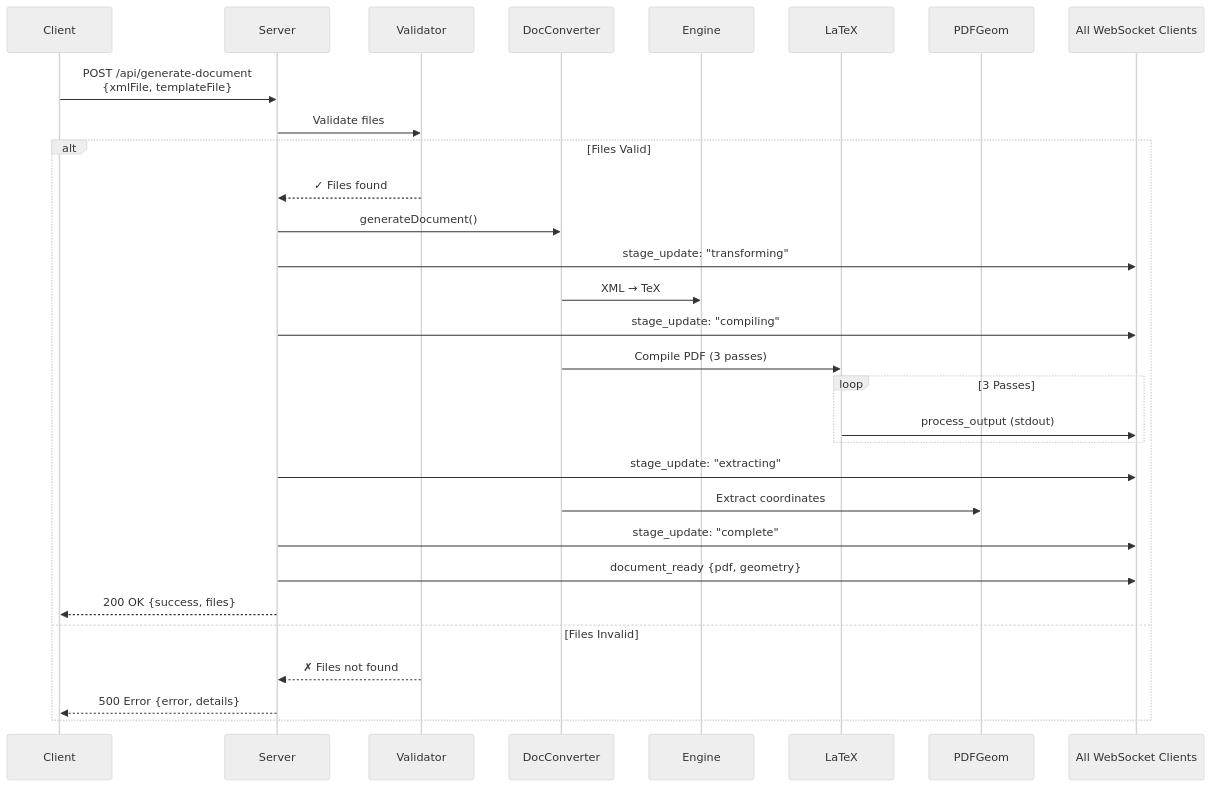
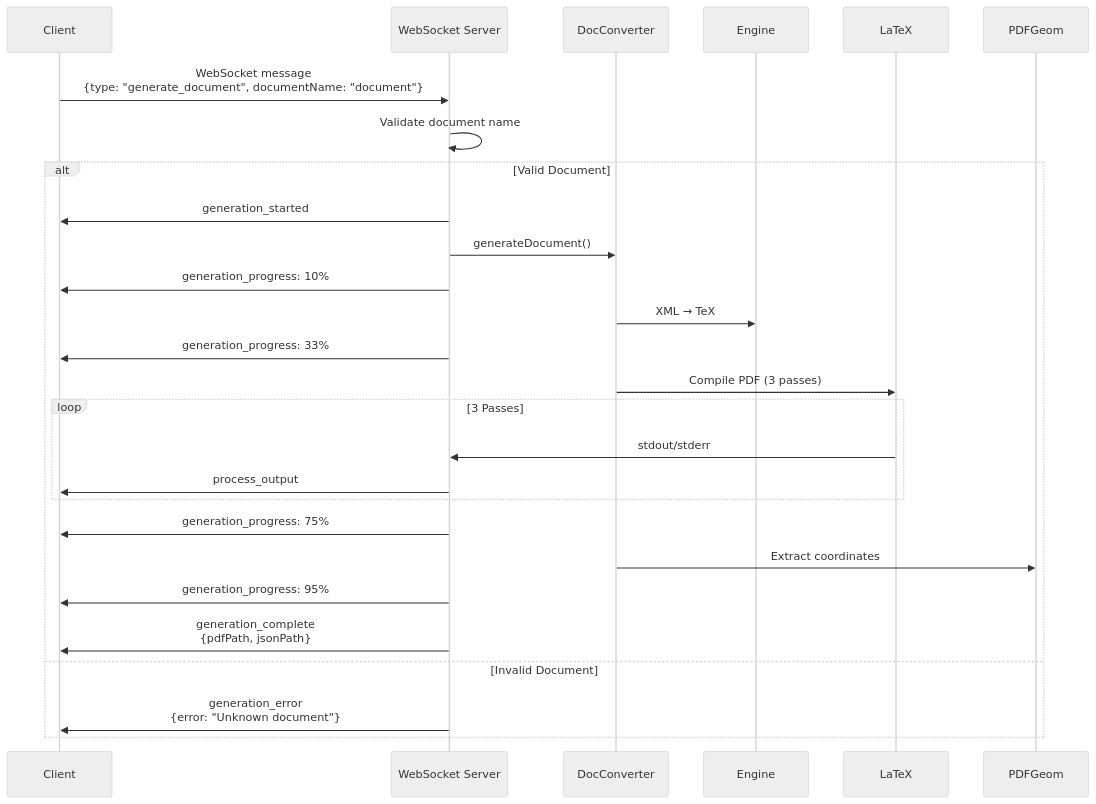
Before and after one commit to AmChella/prototype-pdf-object-overlay: the second of 3 diagrams in dev-docs/modules/SERVER.md, drawn with Mermaid (neutral theme). The commit also changed other lines of this file and 9 other files, not shown here.

````diff
--- a/dev-docs/modules/SERVER.md
+++ b/dev-docs/modules/SERVER.md
@@ -360,40 +498,37 @@
 ```mermaid
 sequenceDiagram
     participant Client
-    participant Server
-    participant Validator
+    participant WS as WebSocket Server
     participant DocConverter
     participant Engine
     participant LaTeX
     participant PDFGeom
-    participant WSClients as All WebSocket Clients
     
-    Client->>Server: POST /api/generate-document<br/>{xmlFile, templateFile}
-    Server->>Validator: Validate files
+    Client->>WS: WebSocket message<br/>{type: "generate_document", documentName: "document"}
     
-    alt Files Valid
-        Validator-->>Server: ✓ Files found
-        Server->>DocConverter: generateDocument()
+    WS->>WS: Validate document name
+    
+    alt Valid Document
+        WS->>Client: generation_started
+        WS->>DocConverter: generateDocument()
         
-        Server->>WSClients: stage_update: "transforming"
+        WS->>Client: generation_progress: 10%
         DocConverter->>Engine: XML → TeX
         
-        Server->>WSClients: stage_update: "compiling"
+        WS->>Client: generation_progress: 33%
         DocConverter->>LaTeX: Compile PDF (3 passes)
         
         loop 3 Passes
-            LaTeX->>WSClients: process_output (stdout)
+            LaTeX->>WS: stdout/stderr
+            WS->>Client: process_output
         end
         
-        Server->>WSClients: stage_update: "extracting"
+        WS->>Client: generation_progress: 75%
         DocConverter->>PDFGeom: Extract coordinates
         
-        Server->>WSClients: stage_update: "complete"
-        Server->>WSClients: document_ready {pdf, geometry}
-        
-        Server-->>Client: 200 OK {success, files}
-    else Files Invalid
-        Validator-->>Server: ✗ Files not found
-        Server-->>Client: 500 Error {error, details}
+        WS->>Client: generation_progress: 95%
+        WS->>Client: generation_complete<br/>{pdfPath, jsonPath}
+    else Invalid Document
+        WS->>Client: generation_error<br/>{error: "Unknown document"}
     end
 ```
````
